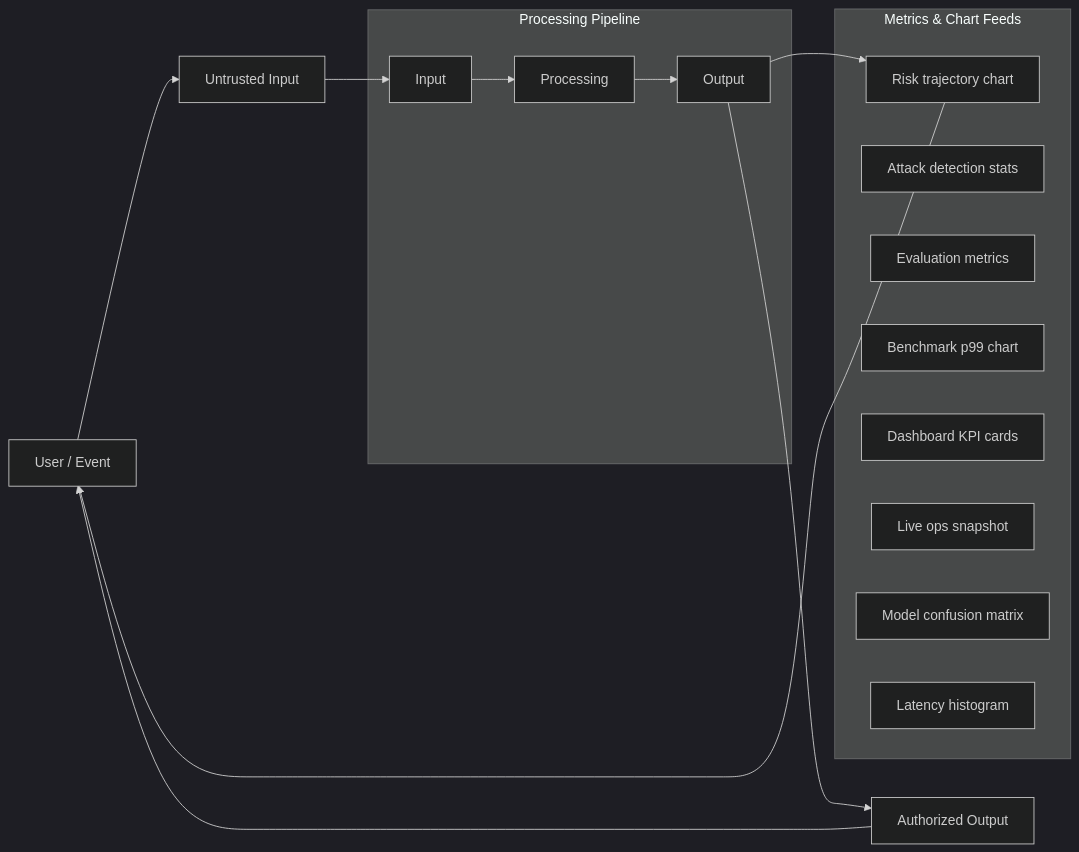
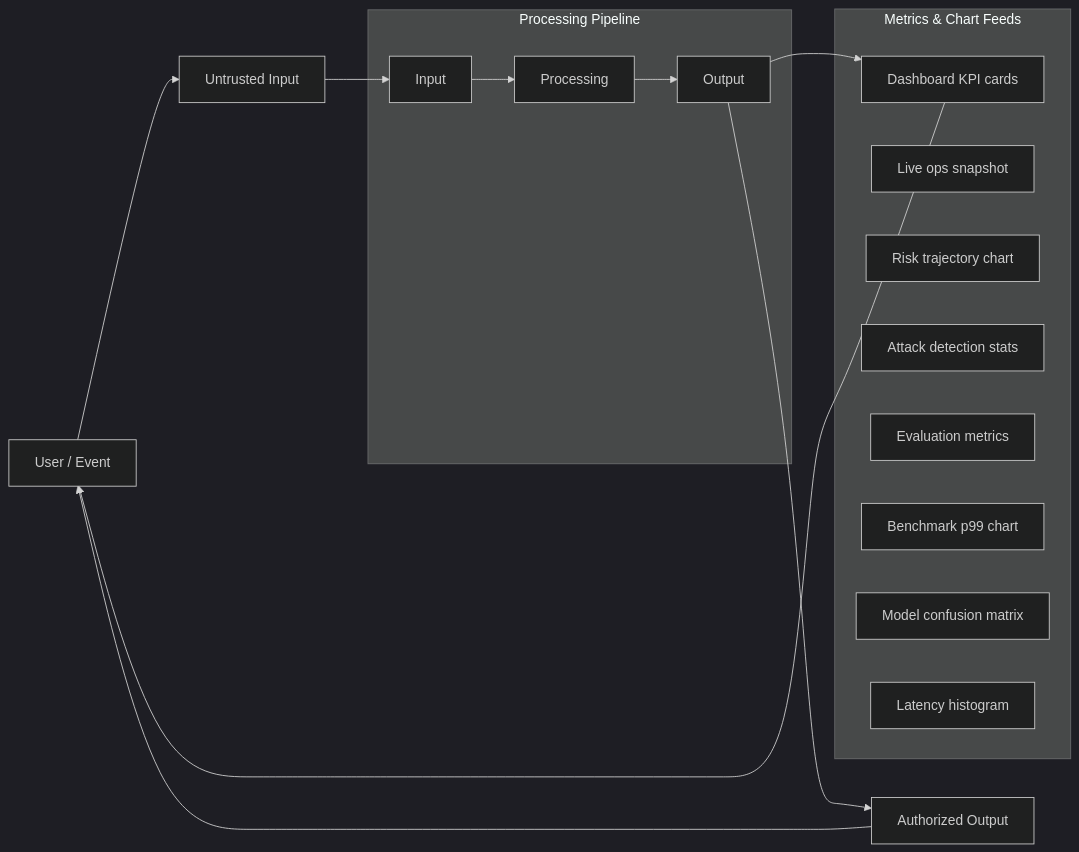
One commit to Punyamittal/attendly changed the second of 4 diagrams in README.md. Above: the diagram before and after it, drawn with Mermaid (dark theme). The commit also changed other lines of this file, not shown here.

````diff
--- a/README.md
+++ b/README.md
@@ -108,29 +108,29 @@
 ```mermaid
 flowchart LR
     U["User / Event"] --> IN["Untrusted Input"]
 
     subgraph Pipeline["Processing Pipeline"]
         p0["Input"]
         p1["Processing"]
         p2["Output"]
         p0 --> p1
         p1 --> p2
     end
 
     subgraph Metrics["Metrics & Chart Feeds"]
+        dashboard_kpis["Dashboard KPI cards"]
+        ops_snapshot["Live ops snapshot"]
         risk_trajectory["Risk trajectory chart"]
         attack_stats["Attack detection stats"]
         eval_metrics["Evaluation metrics"]
         benchmark_p99["Benchmark p99 chart"]
-        dashboard_kpis["Dashboard KPI cards"]
-        ops_snapshot["Live ops snapshot"]
         confusion_matrix["Model confusion matrix"]
         latency_hist["Latency histogram"]
     end
 
     IN --> p0
     p2 --> OUT["Authorized Output"]
     OUT --> U
-    p2 --> risk_trajectory
-    risk_trajectory --> U
+    p2 --> dashboard_kpis
+    dashboard_kpis --> U
 ```
````
